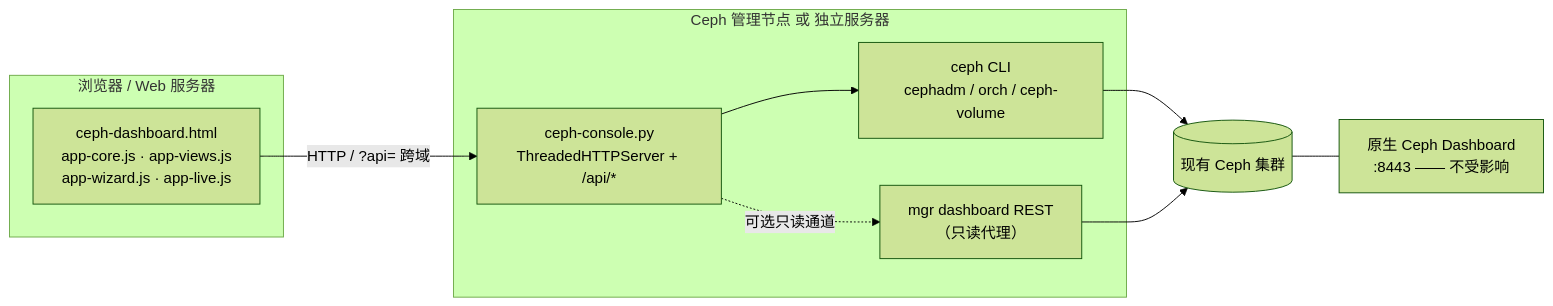
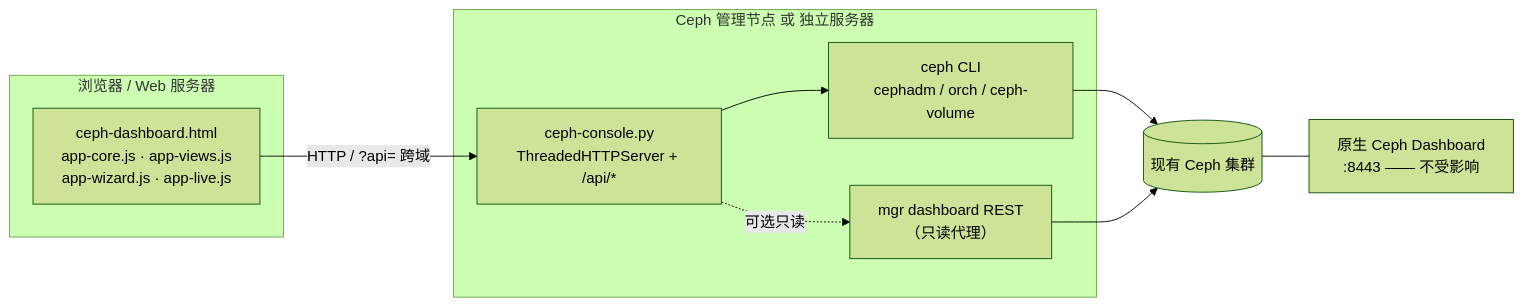
Before and after one commit to cfree970415/ceph-ops-console: the diagram in README.md, drawn with Mermaid (forest theme). The commit also changed other lines of this file, not shown here.

````diff
--- a/README.md
+++ b/README.md
@@ -114,20 +38,20 @@
 ```mermaid
 flowchart LR
     subgraph WEB["浏览器 / Web 服务器"]
         UI["ceph-dashboard.html<br/>app-core.js · app-views.js<br/>app-wizard.js · app-live.js"]
     end
     subgraph NODE["Ceph 管理节点 或 独立服务器"]
         PY["ceph-console.py<br/>ThreadedHTTPServer + /api/*"]
         CLI["ceph CLI<br/>cephadm / orch / ceph-volume"]
         REST["mgr dashboard REST<br/>（只读代理）"]
     end
     CEPH[("现有 Ceph 集群")]
     NATIVE["原生 Ceph Dashboard<br/>:8443 —— 不受影响"]
 
     UI -- "HTTP / ?api= 跨域" --> PY
     PY --> CLI
-    PY -. "可选只读通道" .-> REST
+    PY -. "可选只读" .-> REST
     CLI --> CEPH
     REST --> CEPH
     CEPH --- NATIVE
 ```
````
